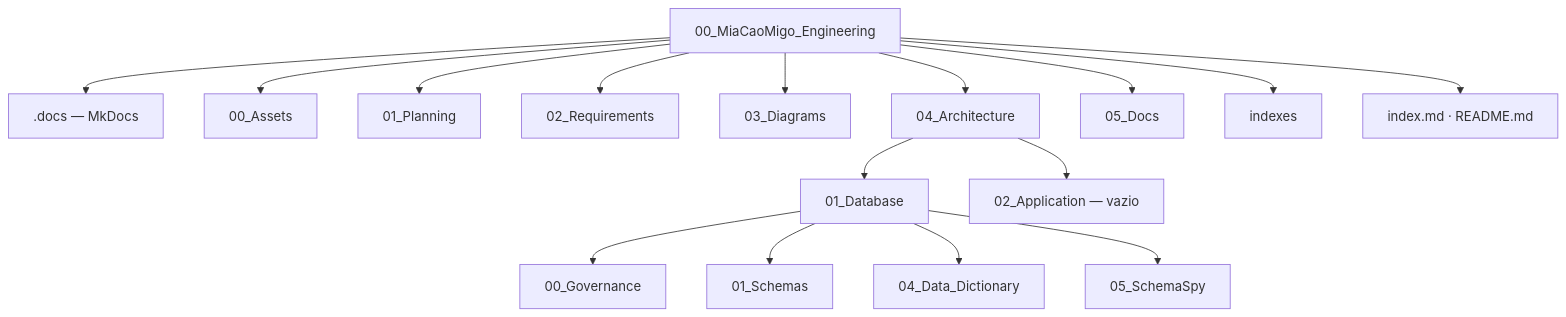
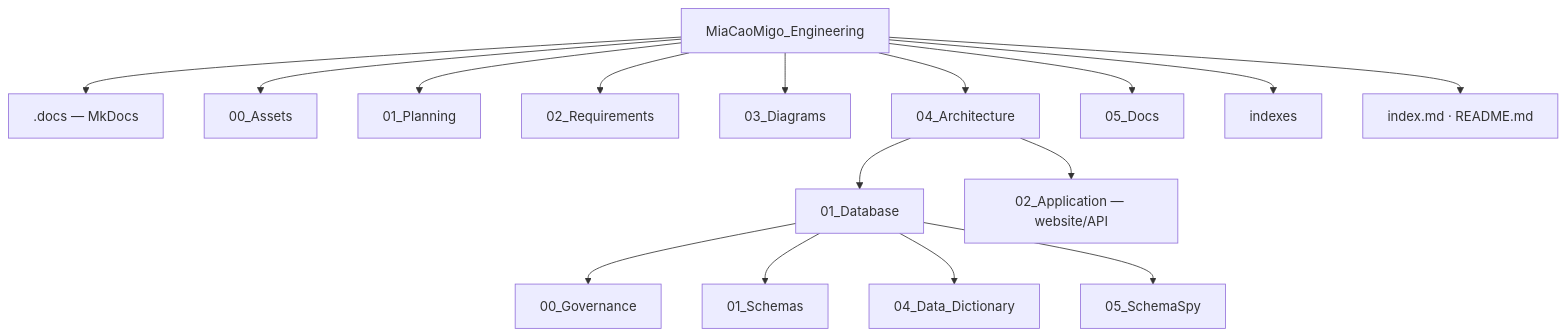
Before and after one commit to bulletproof20/MiaCaoMigo_Engineering: the diagram in STRUCTURE.md, drawn with Mermaid. The commit also changed other lines of this file and 11 other files, not shown here.

````diff
--- a/STRUCTURE.md
+++ b/STRUCTURE.md
@@ -16,19 +16,19 @@
 ```mermaid
 flowchart TB
-    ROOT["00_MiaCaoMigo_Engineering"]
+    ROOT["MiaCaoMigo_Engineering"]
     ROOT --> DOCS[".docs — MkDocs"]
     ROOT --> ASSETS["00_Assets"]
     ROOT --> PLAN["01_Planning"]
     ROOT --> REQ["02_Requirements"]
     ROOT --> DIAG["03_Diagrams"]
     ROOT --> ARCH["04_Architecture"]
     ROOT --> ACAD["05_Docs"]
     ROOT --> IDX["indexes"]
     ROOT --> HOME["index.md · README.md"]
     ARCH --> DB["01_Database"]
-    ARCH --> APP["02_Application — vazio"]
+    ARCH --> APP["02_Application — website/API"]
     DB --> GOV["00_Governance"]
     DB --> SCH["01_Schemas"]
     DB --> DD["04_Data_Dictionary"]
     DB --> SS["05_SchemaSpy"]
 ```
````
